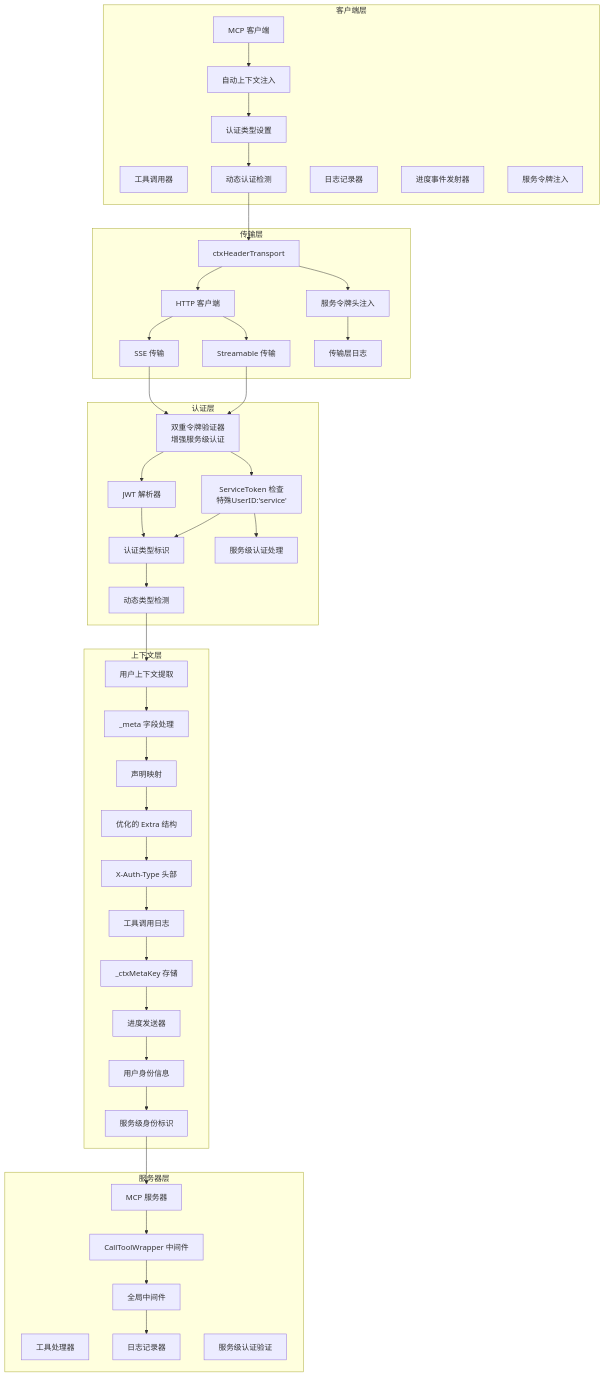
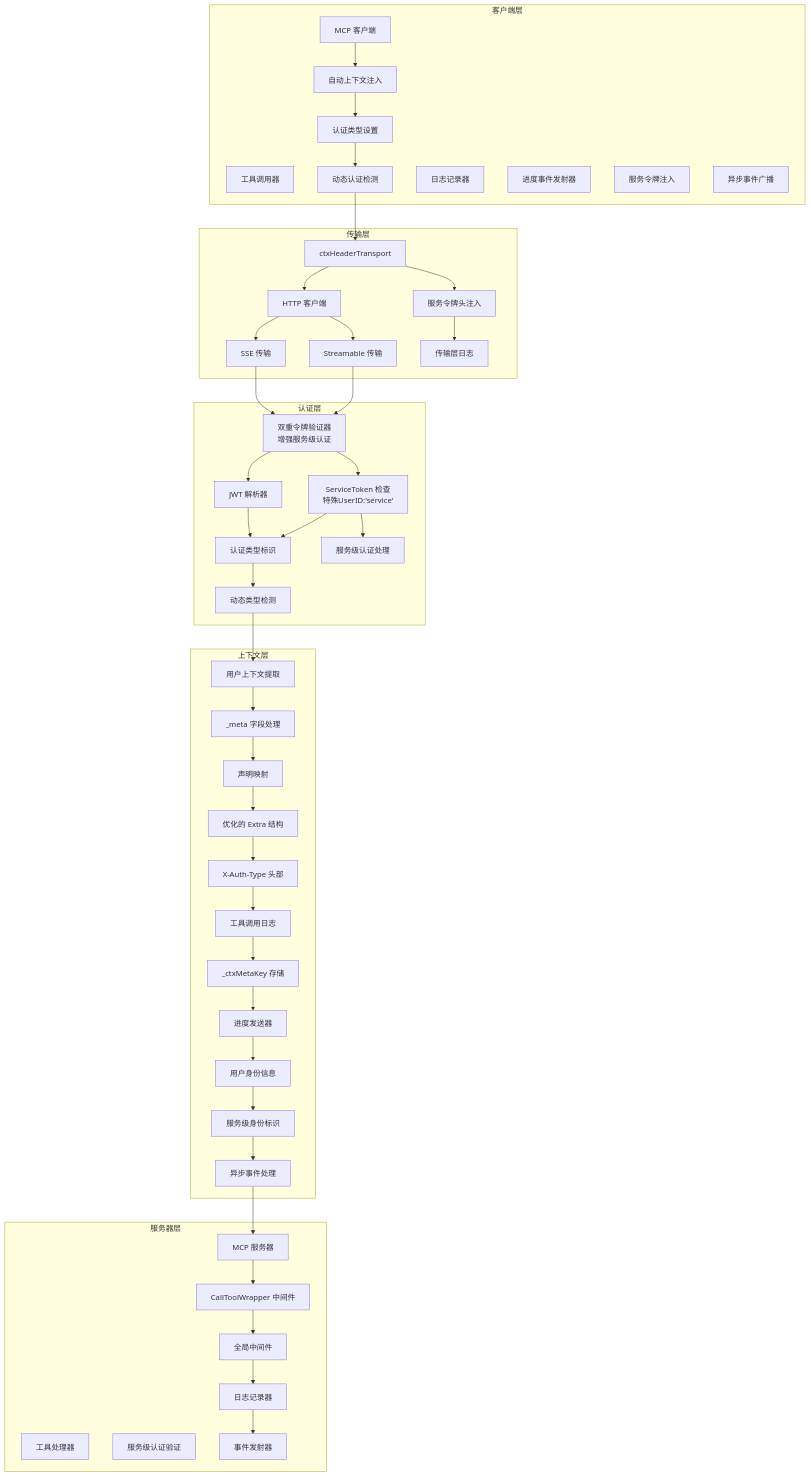
Before and after one commit to maomao94/zero-service: the seventh of 14 diagrams in .qoder/repowiki/zh/content/Mcpx Authentication System.md, drawn with Mermaid. The commit also changed other lines of this file and 48 other files, not shown here.

````diff
--- a/.qoder/repowiki/zh/content/Mcpx Authentication System.md
+++ b/.qoder/repowiki/zh/content/Mcpx Authentication System.md
@@ -279,62 +343,64 @@
 F[日志记录器]
 G[进度事件发射器]
 H[服务令牌注入]
+I[异步事件广播]
 end
 subgraph "传输层"
-I[HTTP 客户端]
-J[SSE 传输]
-K[Streamable 传输]
-L[ctxHeaderTransport]
-M[传输层日志]
-N[服务令牌头注入]
+J[HTTP 客户端]
+K[SSE 传输]
+L[Streamable 传输]
+M[ctxHeaderTransport]
+N[传输层日志]
+O[服务令牌头注入]
 end
 subgraph "认证层"
-O[双重令牌验证器<br/>增强服务级认证]
-P[JWT 解析器]
-Q[ServiceToken 检查<br/>特殊UserID:'service']
-R[认证类型标识]
-S[动态类型检测]
-T[服务级认证处理]
+P[双重令牌验证器<br/>增强服务级认证]
+Q[JWT 解析器]
+R[ServiceToken 检查<br/>特殊UserID:'service']
+S[认证类型标识]
+T[动态类型检测]
+U[服务级认证处理]
 end
 subgraph "上下文层"
-U[用户上下文提取]
-V[_meta 字段处理]
-W[声明映射]
-X[优化的 Extra 结构]
-Y[X-Auth-Type 头部]
-Z[工具调用日志]
-AA[_ctxMetaKey 存储]
-BB[进度发送器]
-CC[用户身份信息]
-DD[服务级身份标识]
+V[用户上下文提取]
+W[_meta 字段处理]
+X[声明映射]
+Y[优化的 Extra 结构]
+Z[X-Auth-Type 头部]
+AA[工具调用日志]
+BB[_ctxMetaKey 存储]
+CC[进度发送器]
+DD[用户身份信息]
+EE[服务级身份标识]
+FF[异步事件处理]
 end
 subgraph "服务器层"
-EE[MCP 服务器]
-FF[工具处理器]
-GG[CallToolWrapper 中间件]
-HH[全局中间件]
-II[日志记录器]
-JJ[服务级认证验证]
+GG[MCP 服务器]
+HH[工具处理器]
+II[CallToolWrapper 中间件]
+JJ[全局中间件]
+KK[日志记录器]
+LL[服务级认证验证]
+MM[事件发射器]
 end
 A --> C
 C --> D
 D --> E
-E --> L
-L --> N
-N --> M
-L --> I
-I --> J
-I --> K
-J --> O
-K --> O
-O --> P
-O --> Q
-Q --> T
+E --> M
+M --> O
+O --> N
+M --> J
+J --> K
+J --> L
+K --> P
+L --> P
+P --> Q
 P --> R
-Q --> R
+R --> U
+Q --> S
 R --> S
-S --> U
-U --> V
+S --> T
+T --> V
 V --> W
 W --> X
 X --> Y
@@ -344,7 +410,10 @@
 BB --> CC
 CC --> DD
 DD --> EE
-EE --> GG
-GG --> HH
-HH --> II
+EE --> FF
+FF --> GG
+GG --> II
+II --> JJ
+JJ --> KK
+KK --> MM
 ```
````
